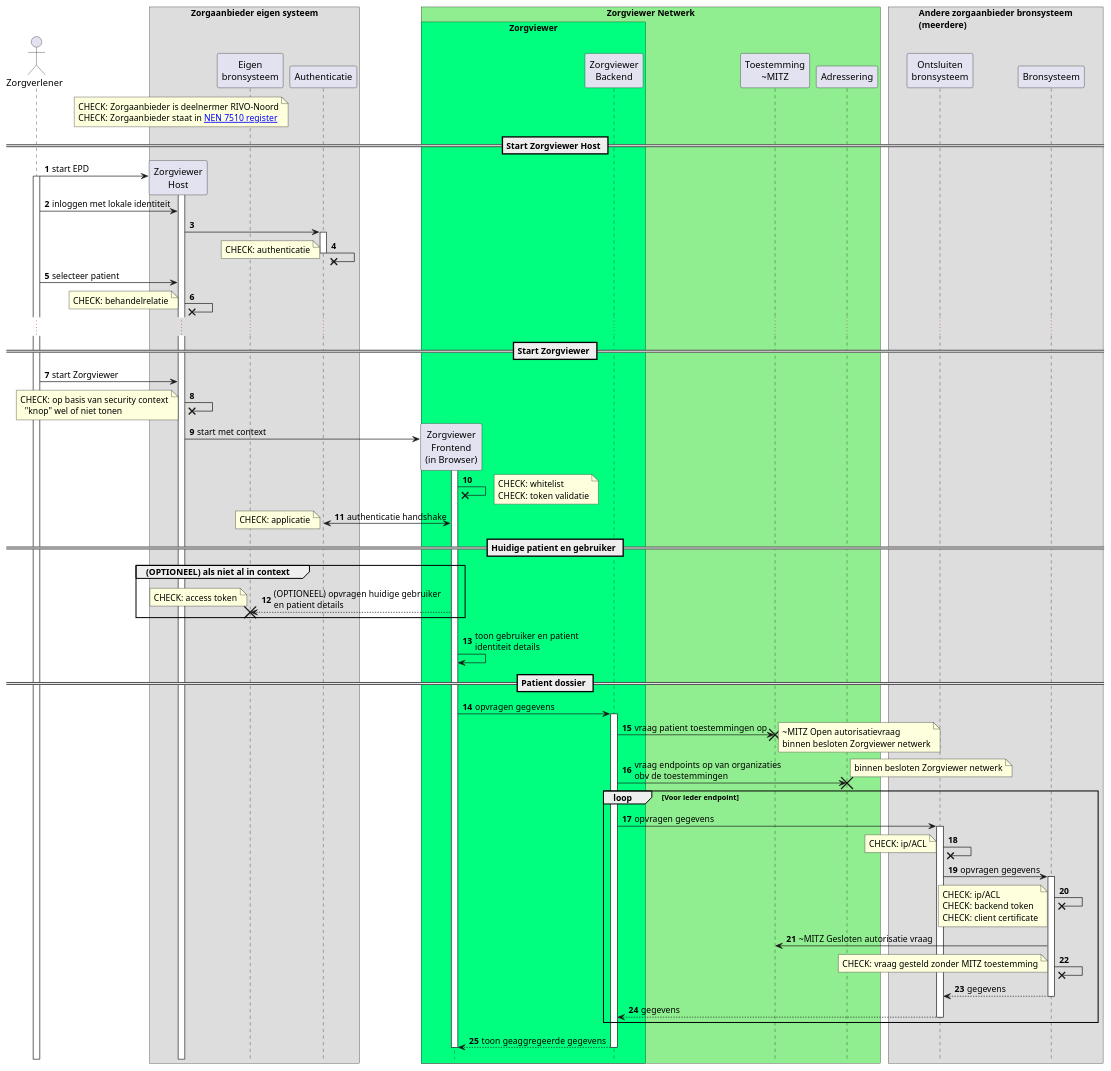
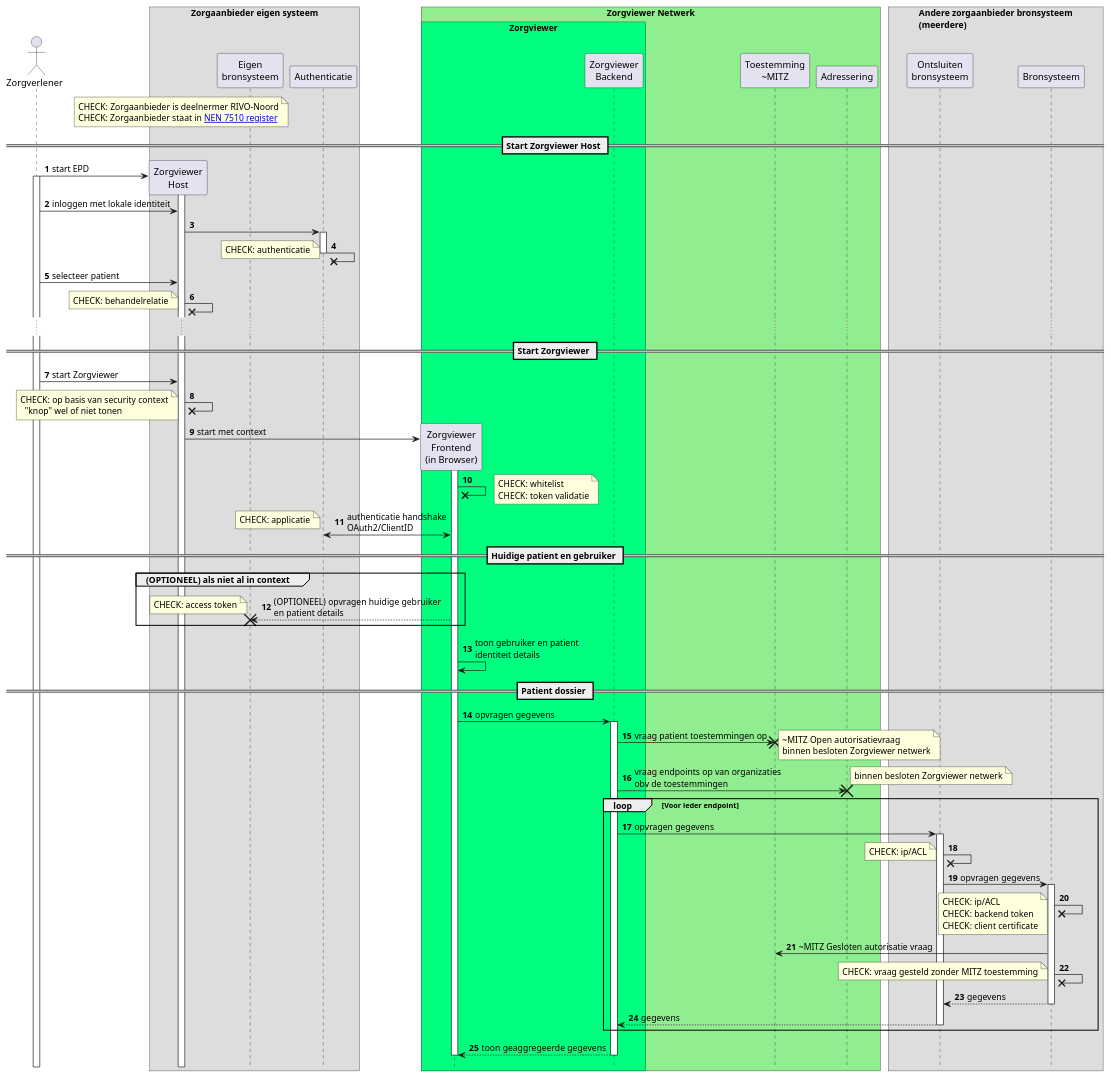
The diagram in input/images-source/Security-Design-seq.plantuml (RIVO-Noord/zorgviewer-ig), drawn with PlantUML before and after one commit.

```diff
--- a/input/images-source/Security-Design-seq.plantuml
+++ b/input/images-source/Security-Design-seq.plantuml
@@ -1,129 +1,129 @@
 @startuml
 hide footbox
 autonumber
 
 actor Zorgverlener
 box "Zorgaanbieder eigen systeem"
   participant "Zorgviewer\nHost" as Host
   participant "Eigen\nbronsysteem" as EBron
   participant Authenticatie
 end box
 
 !pragma teoz true
 box "Zorgviewer Netwerk" #LightGreen
   box "Zorgviewer" #SpringGreen
     participant "Zorgviewer\nFrontend\n(in Browser)" as ZVFE
     participant "Zorgviewer\nBackend" as ZVBE
   end box
   participant "Toestemming\n~MITZ" as Toestemming
   participant Adressering
 end box
 
 box "Andere zorgaanbieder bronsysteem\n(meerdere)"
   participant "Ontsluiten\nbronsysteem" as AOBron
   participant "Bronsysteem" as ABron
 end box
 
 note over Host
   CHECK: Zorgaanbieder is deelnermer RIVO-Noord
   CHECK: Zorgaanbieder staat in [[https://www.nen.nl/certificatie-en-keurmerken-nen-7510 NEN 7510 register]]
 end note
 
 == Start Zorgviewer Host ==
 
 Zorgverlener->Host ** : start EPD
 activate Zorgverlener
 activate Host
 Zorgverlener->Host: inloggen met lokale identiteit
 Host->Authenticatie
 activate Authenticatie
 Authenticatie ->x Authenticatie
 note left
   CHECK: authenticatie
 end note
 deactivate Authenticatie
 Zorgverlener->Host: selecteer patient
 Host ->x Host
 note left
   CHECK: behandelrelatie
 end note
 
 ...
 
 == Start Zorgviewer ==
 
 Zorgverlener->Host: start Zorgviewer
 Host ->x Host
 note left
   CHECK: op basis van security context
     "knop" wel of niet tonen
 end note
 Host->ZVFE ** : start met context
 activate ZVFE
 ZVFE ->x ZVFE
 note right
   CHECK: whitelist
   CHECK: token validatie
 end note
-ZVFE<->Authenticatie: authenticatie handshake
+ZVFE<->Authenticatie: authenticatie handshake\nOAuth2/ClientID
 note left
   CHECK: applicatie
 end note
 destroy Authenticatie
 
 == Huidige patient en gebruiker ==
 
 group (OPTIONEEL) als niet al in context
   ZVFE-->EBron: (OPTIONEEL) opvragen huidige gebruiker\nen patient details
   note left
     CHECK: access token
   end note
   destroy EBron
 end
 ZVFE->ZVFE: toon gebruiker en patient\nidentiteit details
 
 == Patient dossier ==
 
 ZVFE->ZVBE: opvragen gegevens
 activate ZVBE
 ZVBE->Toestemming: vraag patient toestemmingen op
 note right
   ~MITZ Open autorisatievraag
   binnen besloten Zorgviewer netwerk
 end note
 destroy Toestemming
 ZVBE->Adressering: vraag endpoints op van organizaties\nobv de toestemmingen
 note right
   binnen besloten Zorgviewer netwerk
 end note
 destroy Adressering
 loop Voor ieder endpoint
   ZVBE->AOBron: opvragen gegevens
   activate AOBron
   AOBron ->x AOBron
   note left
     CHECK: ip/ACL
   end note
   AOBron->ABron: opvragen gegevens
   activate ABron
   ABron ->x ABron
   note left
     CHECK: ip/ACL
     CHECK: backend token
     CHECK: client certificate
   end note
   ABron->Toestemming: ~MITZ Gesloten autorisatie vraag
   ABron ->x ABron
   note left
     CHECK: vraag gesteld zonder MITZ toestemming
   end note
   ABron-->AOBron: gegevens
   deactivate ABron
   AOBron-->ZVBE: gegevens
   deactivate AOBron
 end
 ZVBE-->ZVFE: toon geaggregeerde gegevens
 deactivate ZVBE
 deactivate ZVFE
 
 @enduml
```
